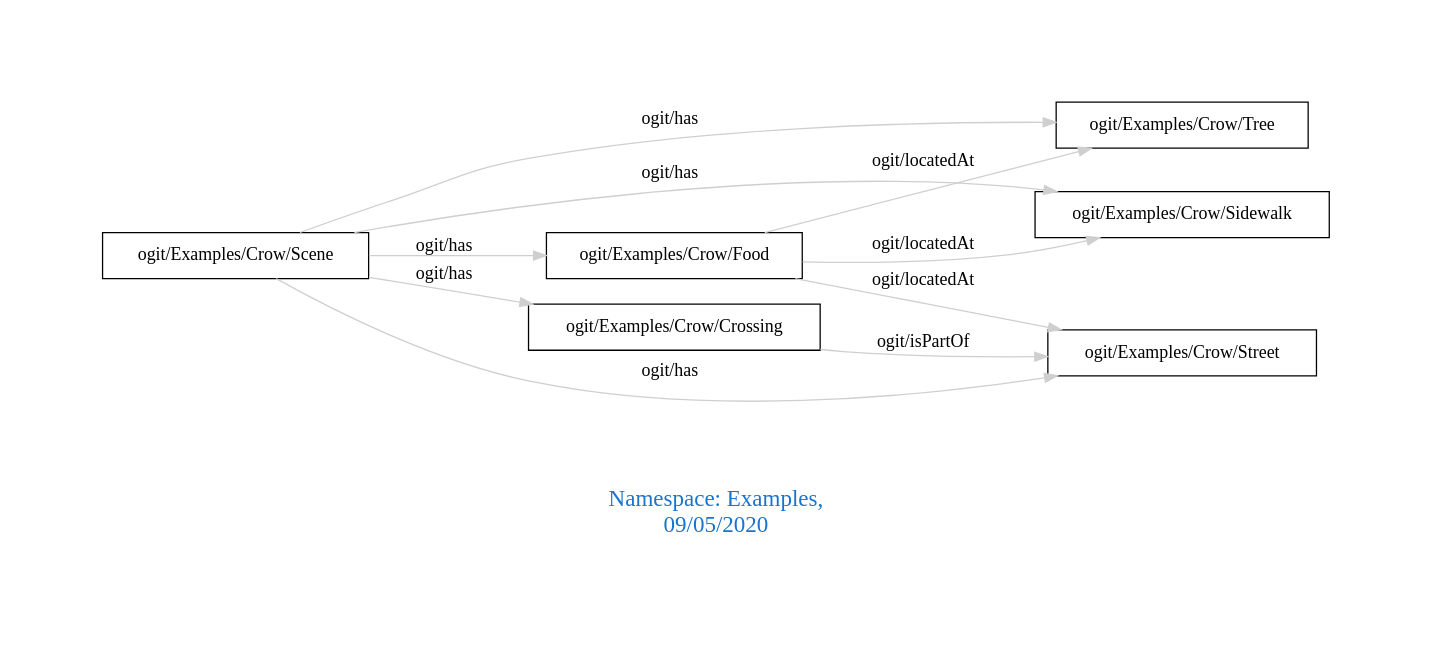
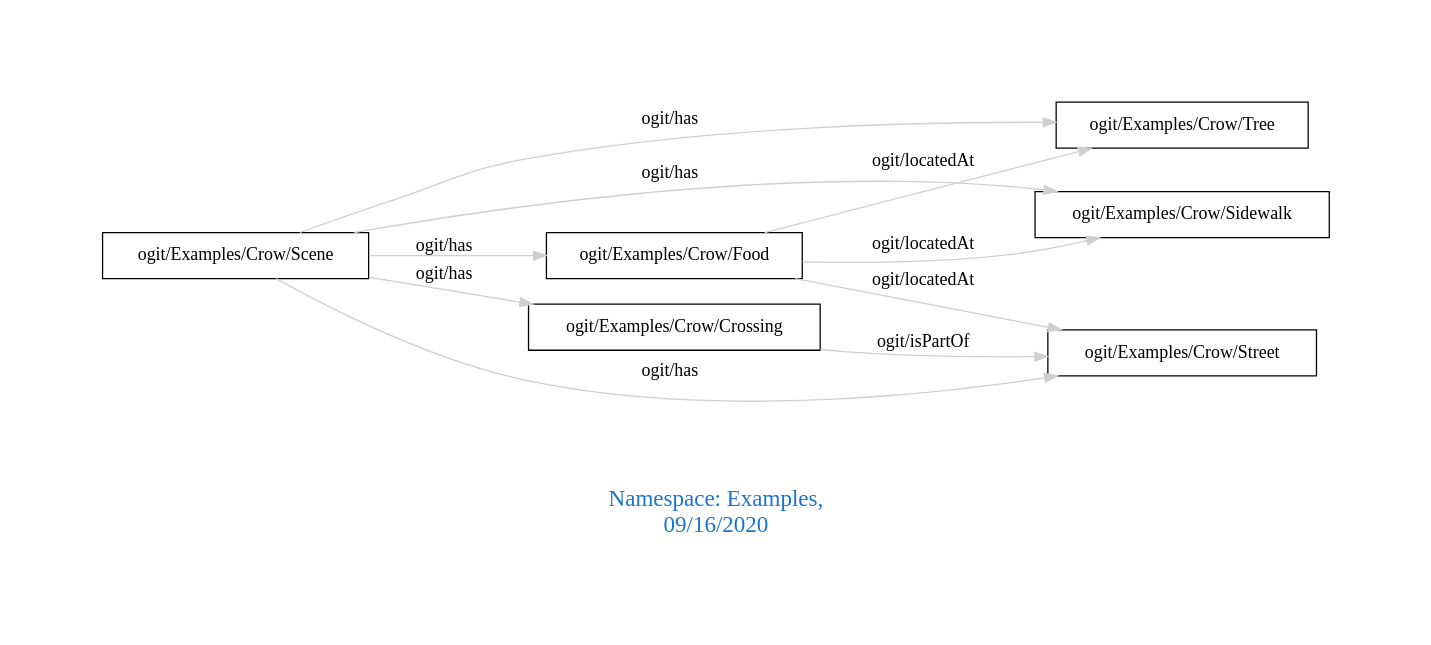
The diagram in downloads/Examples.dot (arago/OGIT), drawn with Graphviz before and after one commit. The commit also changed 1832 other files, not shown here.

```diff
--- a/downloads/Examples.dot
+++ b/downloads/Examples.dot
@@ -1,17 +1,17 @@
 digraph OGIT_ontology {
  graph [ rankdir= LR,pad=1 
 fontsize = 18,
-fontcolor= dodgerblue3,label = "\n\n\nNamespace: Examples, \n 09/05/2020"];
+fontcolor= dodgerblue3,label = "\n\n\nNamespace: Examples, \n 09/16/2020"];
 node[shape=polygon];
 edge [  color="gray81"];
 
    "ogit/Examples/Crow/Food" -> "ogit/Examples/Crow/Tree" [label="   ogit/locatedAt    "];
    "ogit/Examples/Crow/Food" -> "ogit/Examples/Crow/Street" [label="   ogit/locatedAt    "];
    "ogit/Examples/Crow/Food" -> "ogit/Examples/Crow/Sidewalk" [label="   ogit/locatedAt    "];
    "ogit/Examples/Crow/Scene" -> "ogit/Examples/Crow/Food" [label="   ogit/has    "];
    "ogit/Examples/Crow/Scene" -> "ogit/Examples/Crow/Tree" [label="   ogit/has    "];
    "ogit/Examples/Crow/Scene" -> "ogit/Examples/Crow/Street" [label="   ogit/has    "];
    "ogit/Examples/Crow/Scene" -> "ogit/Examples/Crow/Crossing" [label="   ogit/has    "];
    "ogit/Examples/Crow/Scene" -> "ogit/Examples/Crow/Sidewalk" [label="   ogit/has    "];
    "ogit/Examples/Crow/Crossing" -> "ogit/Examples/Crow/Street" [label="   ogit/isPartOf    "];
 }
```
